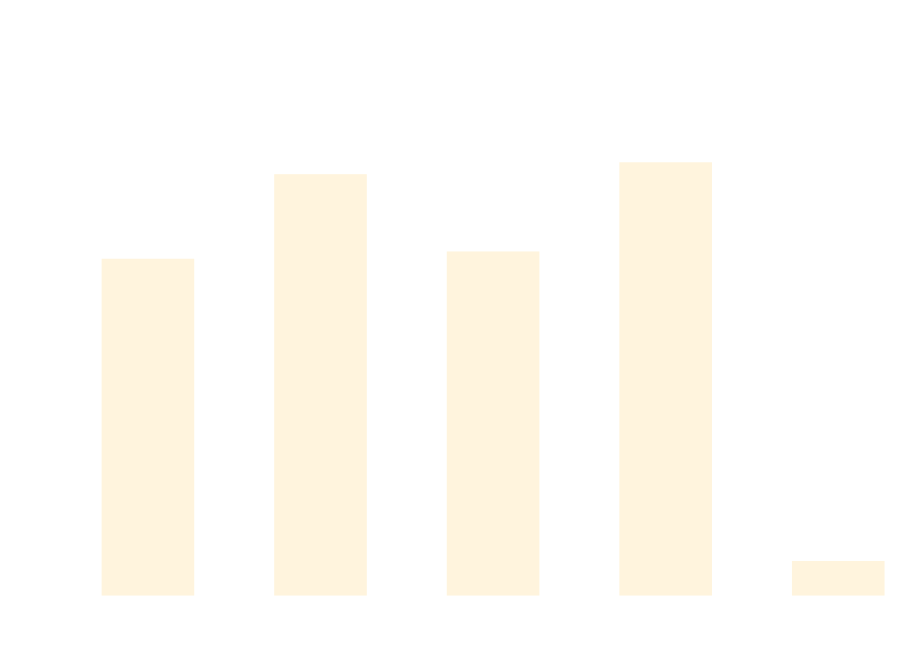
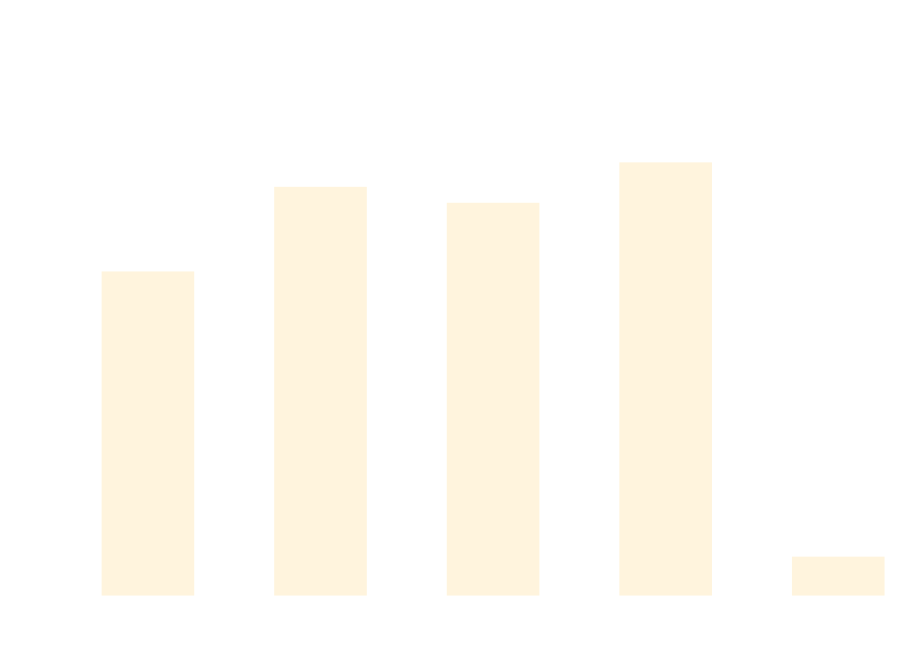
The diagram in docs/docs/benchmarks/ScaleTests.md (thomhurst/TUnit), drawn with Mermaid before and after one commit. The commit also changed other lines of this file and 17 other files, not shown here.

````diff
--- a/docs/docs/benchmarks/ScaleTests.md
+++ b/docs/docs/benchmarks/ScaleTests.md
@@ -27,37 +27,37 @@
 ```mermaid
 %%{init: {
   'theme':'base',
   'themeVariables': {
     'primaryColor': '#2563eb',
     'primaryTextColor': '#ffffff',
     'primaryBorderColor': '#1e40af',
     'lineColor': '#6b7280',
     'secondaryColor': '#7c3aed',
     'tertiaryColor': '#dc2626',
     'background': '#ffffff',
     'mainBkg': '#2563eb',
     'secondBkg': '#7c3aed',
     'tertiaryBkg': '#dc2626',
     'clusterBkg': '#f3f4f6',
     'edgeLabelBackground': '#ffffff',
     'tertiaryTextColor': '#1f2937',
     'pie1': '#2563eb',
     'pie2': '#7c3aed',
     'pie3': '#dc2626',
     'pie4': '#f59e0b',
     'pie5': '#10b981',
     'pie6': '#06b6d4',
     'pie7': '#ec4899',
     'pie8': '#6366f1',
     'pie9': '#84cc16',
     'pie10': '#f97316',
     'pie11': '#14b8a6',
     'pie12': '#a855f7'
   }
 }}%%
 xychart-beta
   title "ScaleTests Performance Comparison"
   x-axis ["TUnit", "NUnit", "MSTest", "xUnit3", "TUnit_AOT"]
-  y-axis "Time (ms)" 0 --> 713
-  bar [458.32, 576.77, 468.51, 593.5, 34.73]
+  y-axis "Time (ms)" 0 --> 697
+  bar [430.62, 546.54, 524.71, 580.04, 39.88]
 ```
````
